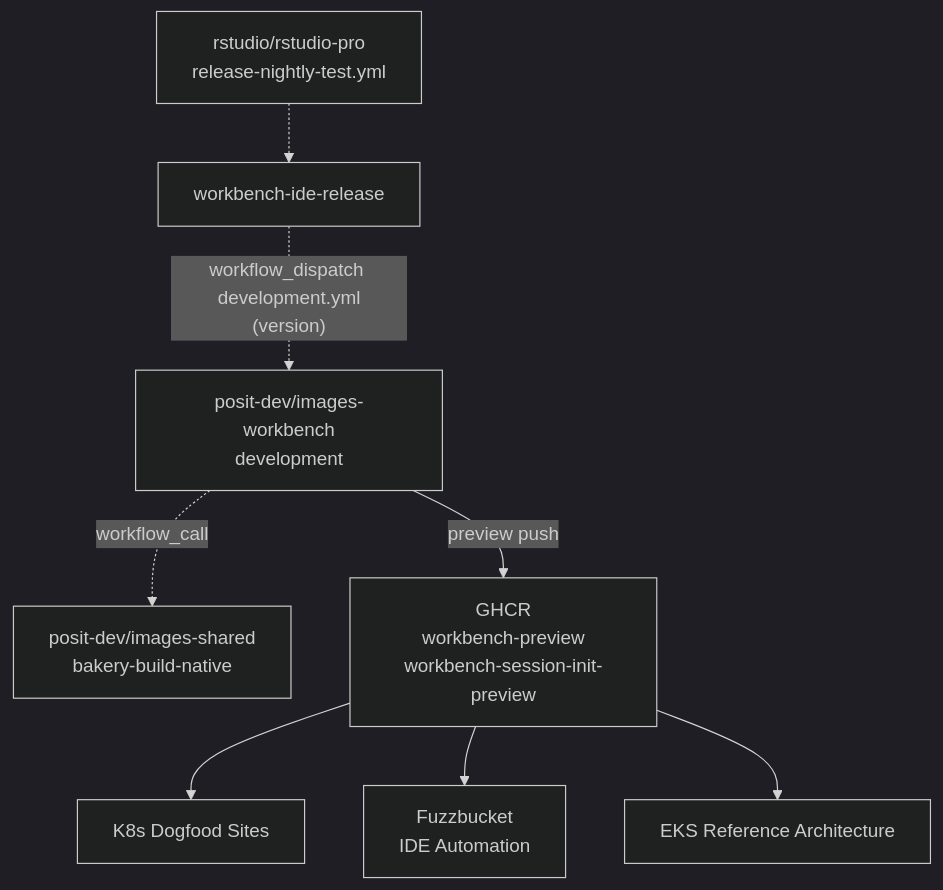
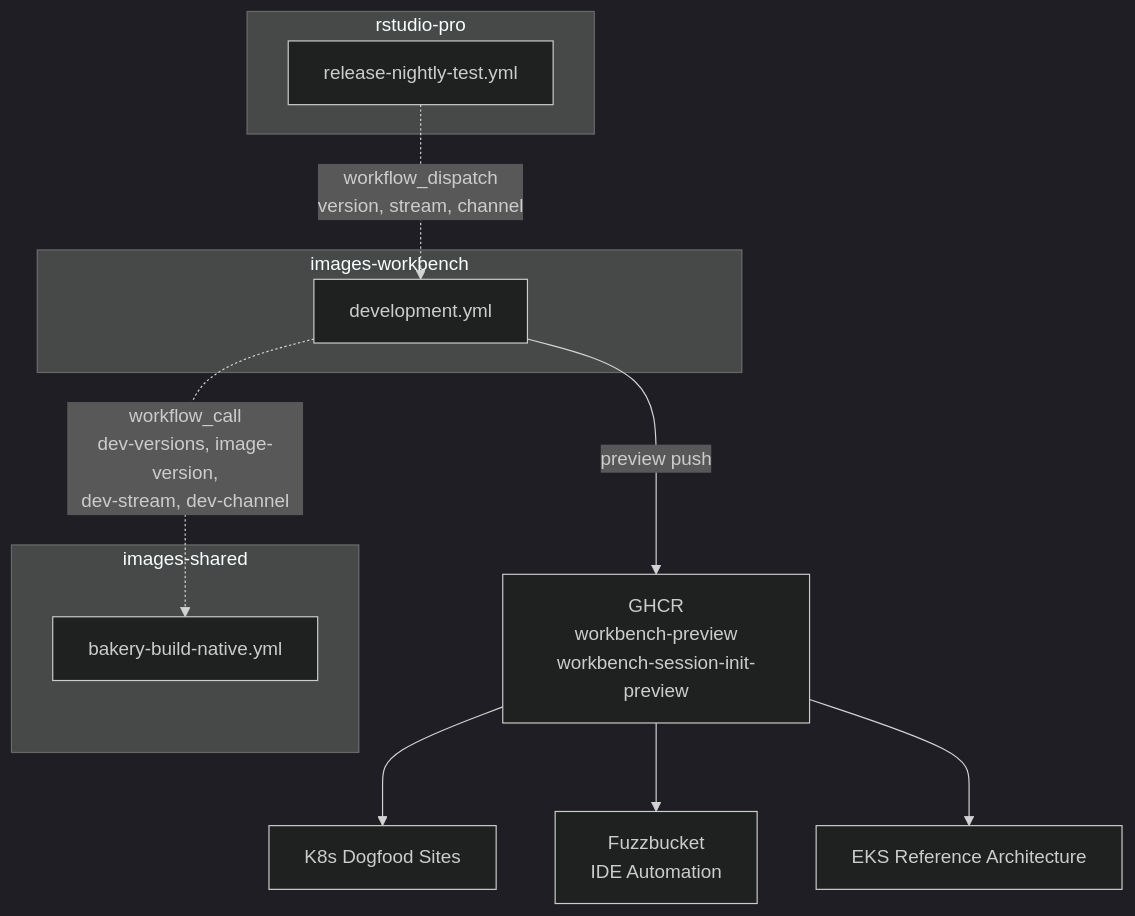
The seventh of 9 diagrams in posit-bakery/docs/cross-repo-workflows.qmd (posit-dev/images-shared), drawn with Mermaid (dark theme) before and after one commit. The commit also changed other lines of this file, not shown here.

First line of the commit message:
Update cross-repo workflow diagrams

````diff
--- a/posit-bakery/docs/cross-repo-workflows.qmd
+++ b/posit-bakery/docs/cross-repo-workflows.qmd
@@ -268,27 +287,28 @@
 ```{mermaid}
 %%| fig-cap: "Workbench Development Flow"
 graph TD
-    PROD["rstudio/rstudio-pro<br/>release-nightly-test.yml"]
-    BOT["workbench-ide-release"]
+    subgraph rstudio-pro
+        NIGHTLY["release-nightly-test.yml"]
+    end
 
-    PROD -.-> BOT
-    BOT -.->|"workflow_dispatch development.yml<br/>(version)"| IMG_DEV
+    NIGHTLY -.->|"workflow_dispatch<br/>version, stream, channel"| DEV
 
-    SHARED["posit-dev/images-shared<br/>bakery-build-native"]
+    subgraph images-workbench
+        DEV["development.yml"]
+    end
 
-    IMG_DEV["posit-dev/images-workbench<br/>development"]
+    DEV -.->|"workflow_call<br/>dev-versions, image-version,<br/>dev-stream, dev-channel"| SHARED
 
-    IMG_DEV -.->|workflow_call| SHARED
+    subgraph images-shared
+        SHARED["bakery-build-native.yml"]
+    end
 
-    IMG_DEV -->|preview push| GHCR
+    DEV -->|preview push| GHCR["GHCR<br/>workbench-preview<br/>workbench-session-init-preview"]
+    GHCR --> K8S["K8s Dogfood Sites"]
+    GHCR --> FUZZBUCKET["Fuzzbucket<br/>IDE Automation"]
+    GHCR --> EKS_REF["EKS Reference Architecture"]
 
-    GHCR["GHCR<br/>workbench-preview<br/>workbench-session-init-preview"]
-
-    GHCR --> K8S
-    GHCR --> FUZZBUCKET
-    GHCR --> EKS_REF
-
-    K8S["K8s Dogfood Sites"]
-    FUZZBUCKET["Fuzzbucket<br/>IDE Automation"]
-    EKS_REF["EKS Reference Architecture"]
+    click NIGHTLY "https://github.com/rstudio/rstudio-pro/blob/main/.github/workflows/release-nightly-test.yml" _blank
+    click DEV "https://github.com/posit-dev/images-workbench/blob/main/.github/workflows/development.yml" _blank
+    click SHARED "https://github.com/posit-dev/images-shared/blob/main/.github/workflows/bakery-build-native.yml" _blank
 ```
````
